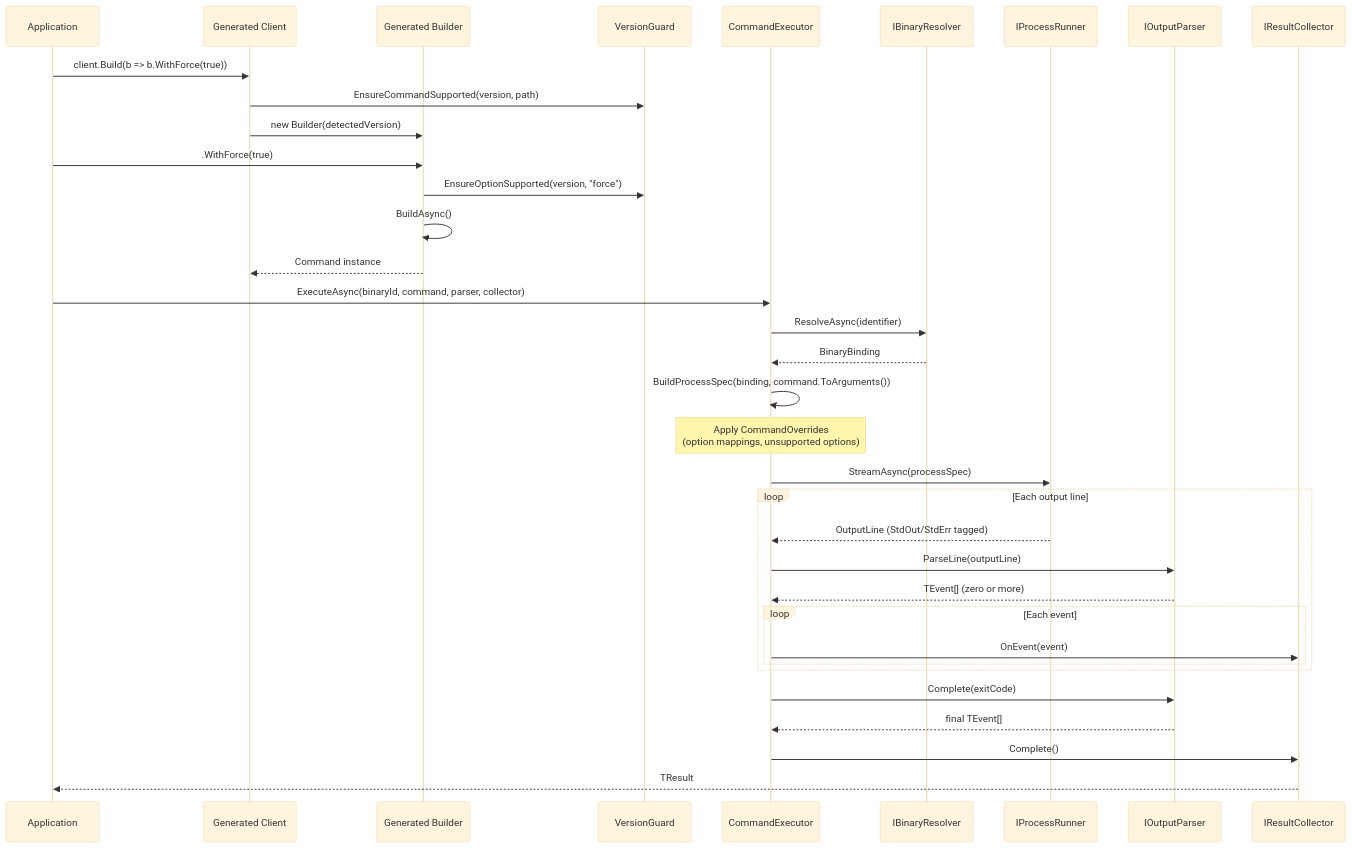
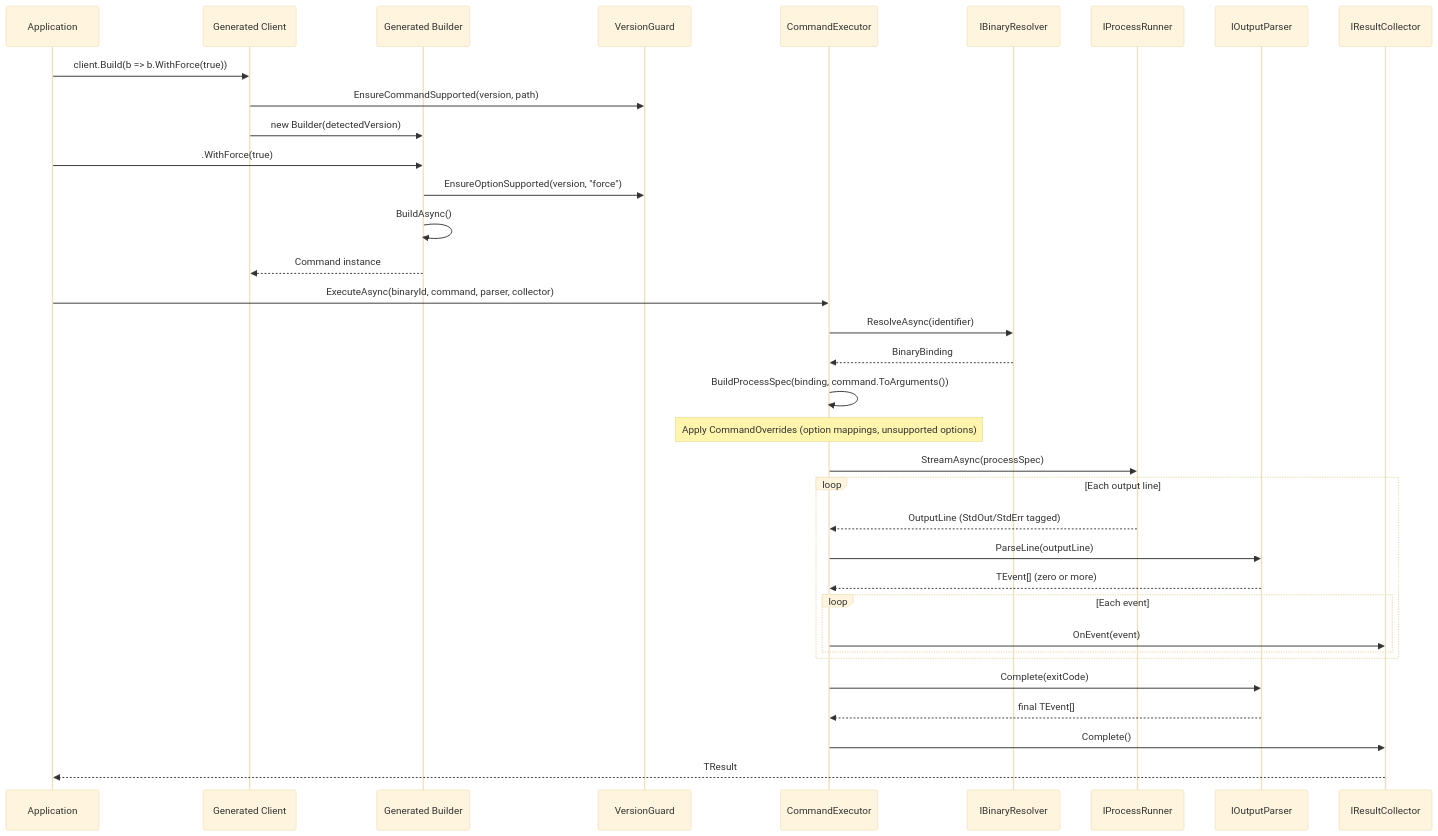
The third of 14 diagrams in Net/FrenchExDev/BinaryWrapper/doc/ARCHITECTURE.md (FrenchExDev/FrenchExDev), drawn with Mermaid (base theme) before and after one commit. The commit also changed other lines of this file and 2 other files, not shown here.

Commit message:
fix: mermaid markdown

````diff
--- a/Net/FrenchExDev/BinaryWrapper/doc/ARCHITECTURE.md
+++ b/Net/FrenchExDev/BinaryWrapper/doc/ARCHITECTURE.md
@@ -147,41 +147,41 @@
 ```mermaid
 sequenceDiagram
     participant App as Application
     participant Client as Generated Client
     participant Builder as Generated Builder
     participant VG as VersionGuard
     participant Executor as CommandExecutor
     participant Resolver as IBinaryResolver
     participant Runner as IProcessRunner
     participant Parser as IOutputParser
     participant Collector as IResultCollector
 
     App->>Client: client.Build(b => b.WithForce(true))
     Client->>VG: EnsureCommandSupported(version, path)
     Client->>Builder: new Builder(detectedVersion)
     App->>Builder: .WithForce(true)
     Builder->>VG: EnsureOptionSupported(version, "force")
     Builder->>Builder: BuildAsync()
     Builder-->>Client: Command instance
 
     App->>Executor: ExecuteAsync(binaryId, command, parser, collector)
     Executor->>Resolver: ResolveAsync(identifier)
     Resolver-->>Executor: BinaryBinding
 
     Executor->>Executor: BuildProcessSpec(binding, command.ToArguments())
-    Note over Executor: Apply CommandOverrides<br>(option mappings, unsupported options)
+    Note over Executor: Apply CommandOverrides (option mappings, unsupported options)
 
     Executor->>Runner: StreamAsync(processSpec)
     loop Each output line
         Runner-->>Executor: OutputLine (StdOut/StdErr tagged)
         Executor->>Parser: ParseLine(outputLine)
         Parser-->>Executor: TEvent[] (zero or more)
         loop Each event
             Executor->>Collector: OnEvent(event)
         end
     end
     Executor->>Parser: Complete(exitCode)
     Parser-->>Executor: final TEvent[]
     Executor->>Collector: Complete()
     Collector-->>App: TResult
 ```
````
